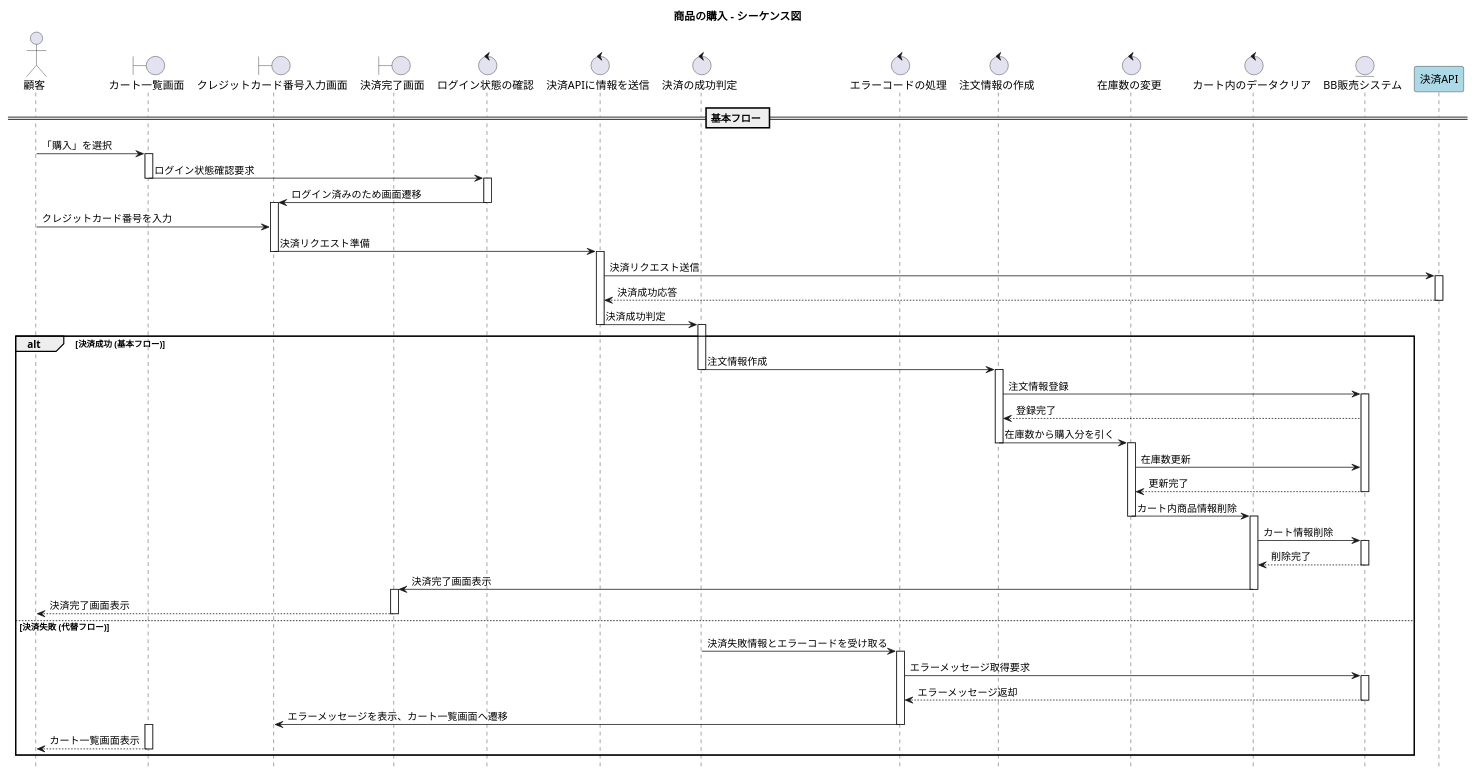
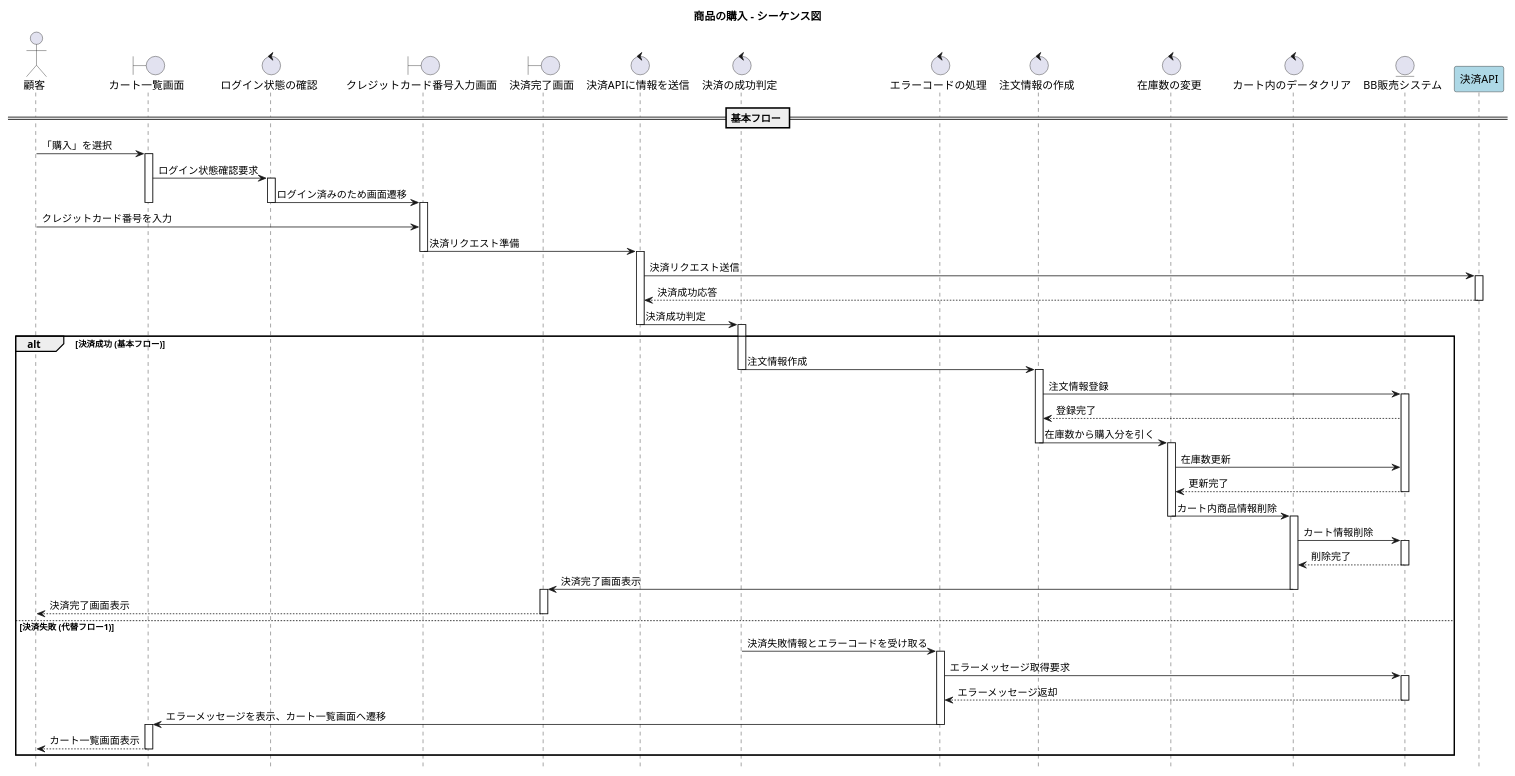
The diagram in BB/sequence_purchase.pu (FujikawaHirono0520/group3_1_dogdog), drawn with PlantUML before and after one commit.

Commit message:
購入　シーケンス

```diff
--- a/BB/sequence_purchase.pu
+++ b/BB/sequence_purchase.pu
@@ -1,93 +1,91 @@
 @startuml
 title 商品の購入 - シーケンス図
 
 hide footbox
-' autonumber は削除
-
-' 参加者の定義 (ユースケース図の要素に対応)
+' 参加者の定義 (順序変更: 顧客 -> カート一覧画面 -> ログイン状態確認...)
 actor 顧客
 boundary "カート一覧画面" as CartView
+control "ログイン状態の確認" as LoginCheck 
 boundary "クレジットカード番号入力画面" as CardInputView
 boundary "決済完了画面" as CompleteView
-control "ログイン状態の確認" as LoginCheck
 control "決済APIに情報を送信" as PaymentSend
 control "決済の成功判定" as PaymentResult
 control "エラーコードの処理" as ErrorProcess
 control "注文情報の作成" as CreateOrder
 control "在庫数の変更" as ChangeStock
 control "カート内のデータクリア" as ClearCart
 entity "BB販売システム" as BBSystem
 participant "決済API" as ExternalAPI #LightBlue
 
 == 基本フロー ==
 顧客 -> CartView : 「購入」を選択
 activate CartView
 
 CartView -> LoginCheck : ログイン状態確認要求
-deactivate CartView
 activate LoginCheck
 LoginCheck -> CardInputView : ログイン済みのため画面遷移
 deactivate LoginCheck
+deactivate CartView
 activate CardInputView
 
 顧客 -> CardInputView : クレジットカード番号を入力
 CardInputView -> PaymentSend : 決済リクエスト準備
 deactivate CardInputView
 activate PaymentSend
 
 PaymentSend -> ExternalAPI : 決済リクエスト送信
 activate ExternalAPI
 ExternalAPI --> PaymentSend : 決済成功応答
 deactivate ExternalAPI
 
 PaymentSend -> PaymentResult : 決済成功判定
 deactivate PaymentSend
 activate PaymentResult
 
 alt 決済成功 (基本フロー)
     PaymentResult -> CreateOrder : 注文情報作成
     deactivate PaymentResult
     activate CreateOrder
     CreateOrder -> BBSystem : 注文情報登録
     activate BBSystem
     BBSystem --> CreateOrder : 登録完了
 
     CreateOrder -> ChangeStock : 在庫数から購入分を引く
     deactivate CreateOrder
     activate ChangeStock
     ChangeStock -> BBSystem : 在庫数更新
     BBSystem --> ChangeStock : 更新完了
     deactivate BBSystem
     
     ChangeStock -> ClearCart : カート内商品情報削除
     deactivate ChangeStock
     activate ClearCart
     ClearCart -> BBSystem : カート情報削除
     activate BBSystem
     BBSystem --> ClearCart : 削除完了
     deactivate BBSystem
     
     ClearCart -> CompleteView : 決済完了画面表示
     deactivate ClearCart
     activate CompleteView
     
     CompleteView --> 顧客 : 決済完了画面表示
     deactivate CompleteView
 
-else 決済失敗 (代替フロー)
+else 決済失敗 (代替フロー1)
     PaymentResult -> ErrorProcess : 決済失敗情報とエラーコードを受け取る
     activate ErrorProcess
     ErrorProcess -> BBSystem : エラーメッセージ取得要求
     activate BBSystem
     BBSystem --> ErrorProcess : エラーメッセージ返却
     deactivate BBSystem
 
-    ErrorProcess -> CardInputView : エラーメッセージを表示、カート一覧画面へ遷移
+    ErrorProcess -> CartView : エラーメッセージを表示、カート一覧画面へ遷移
     deactivate ErrorProcess
     activate CartView
     
     CartView --> 顧客 : カート一覧画面表示
     deactivate CartView
 end
 
 @enduml
```
